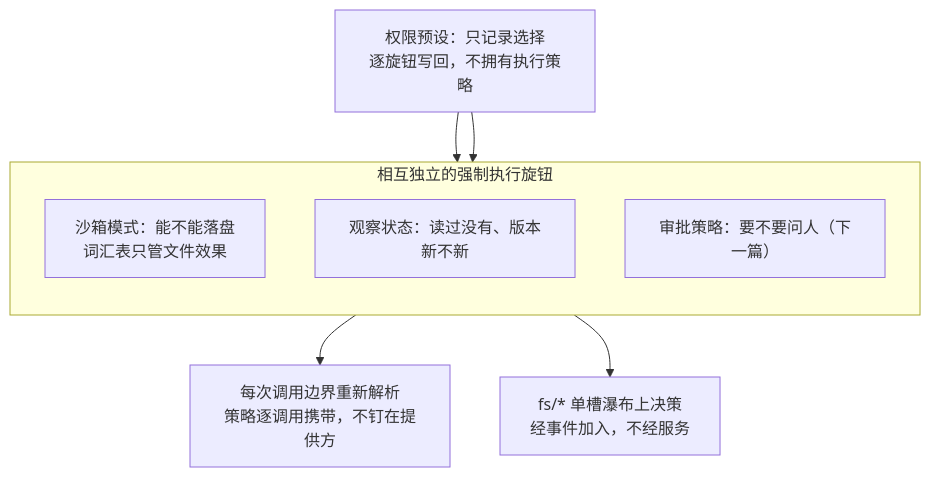
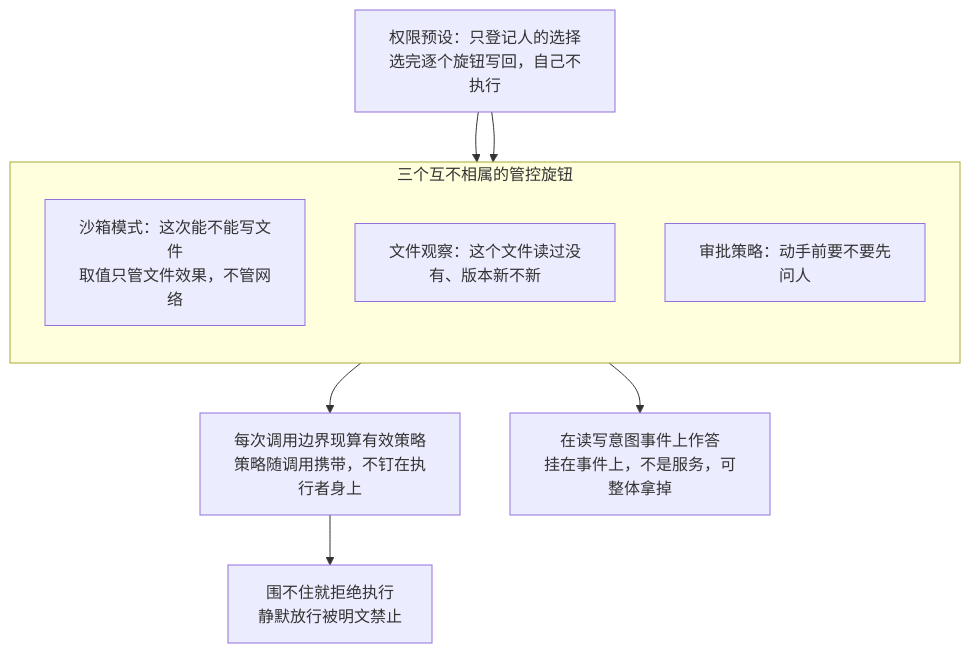
The first of 3 diagrams in dsh 插件开发学习/21-文件访问的三层管控.md (anthonyzhao-4926/blog), drawn with Mermaid before and after one commit. The commit also changed other lines of this file and 38 other files, not shown here.

````diff
--- a/dsh 插件开发学习/21-文件访问的三层管控.md
+++ b/dsh 插件开发学习/21-文件访问的三层管控.md
@@ -44,13 +46,14 @@
 ```mermaid
 flowchart TD
-    subgraph knobs["相互独立的强制执行旋钮"]
+    subgraph knobs["三个互不相属的管控旋钮"]
         direction TB
-        S["沙箱模式：能不能落盘<br/>词汇表只管文件效果"]
-        O["观察状态：读过没有、版本新不新"]
-        A["审批策略：要不要问人（下一篇）"]
+        S["沙箱模式：这次能不能写文件<br/>取值只管文件效果，不管网络"]
+        O["文件观察：这个文件读过没有、版本新不新"]
+        A["审批策略：动手前要不要先问人"]
     end
-    P["权限预设：只记录选择<br/>逐旋钮写回，不拥有执行策略"] --> S
+    P["权限预设：只登记人的选择<br/>选完逐个旋钮写回，自己不执行"] --> S
     P --> A
-    S --> S1["每次调用边界重新解析<br/>策略逐调用携带，不钉在提供方"]
-    O --> O1["fs/* 单槽瀑布上决策<br/>经事件加入，不经服务"]
+    S --> S1["每次调用边界现算有效策略<br/>策略随调用携带，不钉在执行者身上"]
+    O --> O1["在读写意图事件上作答<br/>挂在事件上，不是服务，可整体拿掉"]
+    S1 --> F["围不住就拒绝执行<br/>静默放行被明文禁止"]
 ```
````
